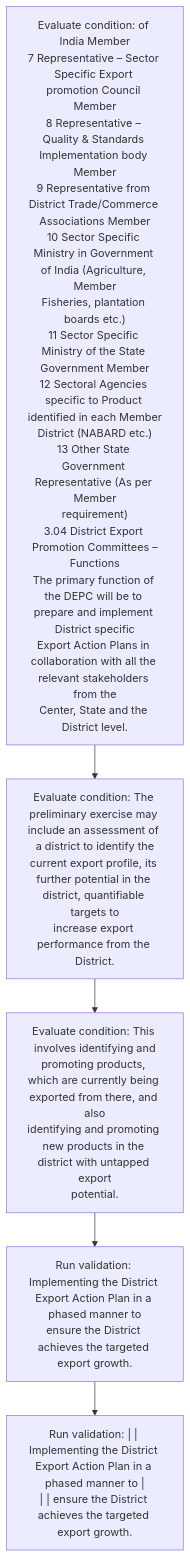
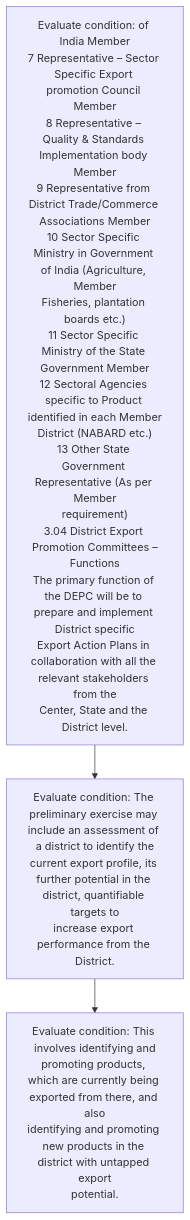
The first of 2 diagrams in output/markdown/3.03_District_Export_Promotion_Committees_Institutional_Mechanism_at.md (mohan-vasanth/dekai), drawn with Mermaid before and after one commit. The commit also changed other lines of this file and 2688 other files, not shown here.

````diff
--- a/output/markdown/3.03_District_Export_Promotion_Committees_Institutional_Mechanism_at.md
+++ b/output/markdown/3.03_District_Export_Promotion_Committees_Institutional_Mechanism_at.md
@@ -568,33 +376,27 @@
 ```mermaid
 flowchart TD
     S1["Evaluate condition: of India Member
 7 Representative – Sector Specific Export promotion Council Member
 8 Representative – Quality & Standards Implementation body Member
 9 Representative from District Trade/Commerce Associations Member
 10 Sector Specific Ministry in Government of India (Agriculture, Member
 Fisheries, plantation boards etc.)
 11 Sector Specific Ministry of the State Government Member
 12 Sectoral Agencies specific to Product identified in each Member
 District (NABARD etc.)
 13 Other State Government Representative (As per Member
 requirement)
 3.04 District Export Promotion Committees –Functions
 The primary function of the DEPC will be to prepare and implement District specific
 Export Action Plans in collaboration with all the relevant stakeholders from the
 Center, State and the District level."]
     S2["Evaluate condition: The preliminary exercise may include an assessment of a district to identify the
 current export profile, its further potential in the district, quantifiable targets to
 increase export performance from the District."]
     S1 --> S2
     S3["Evaluate condition: This involves identifying and
 promoting products, which are currently being exported from there, and also
 identifying and promoting new products in the district with untapped export
 potential."]
     S2 --> S3
-    S4["Run validation: Implementing the District Export Action Plan in a phased manner to
-ensure the District achieves the targeted export growth."]
-    S3 --> S4
-    S5["Run validation: | | Implementing the District Export Action Plan in a phased manner to |
-| | ensure the District achieves the targeted export growth."]
-    S4 --> S5
 ```
````
